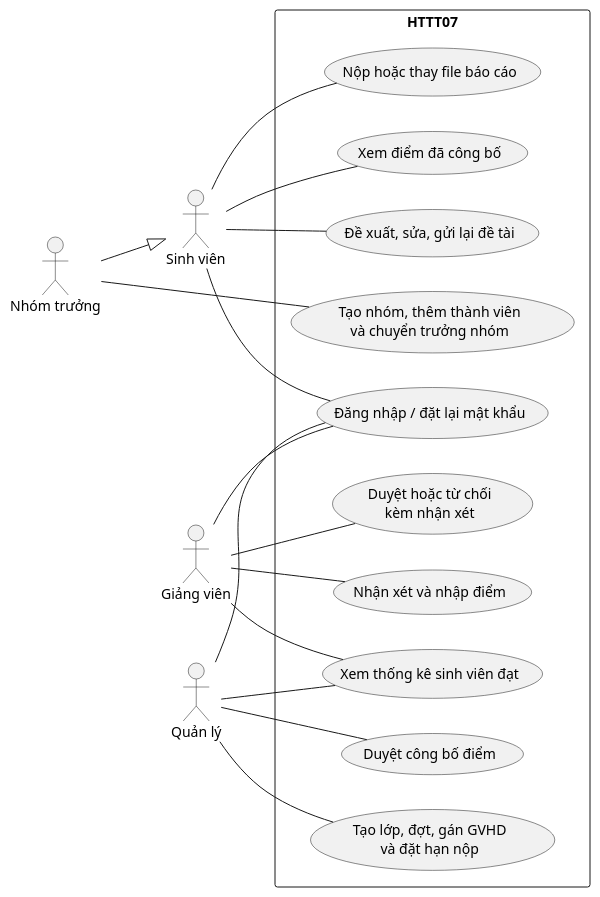
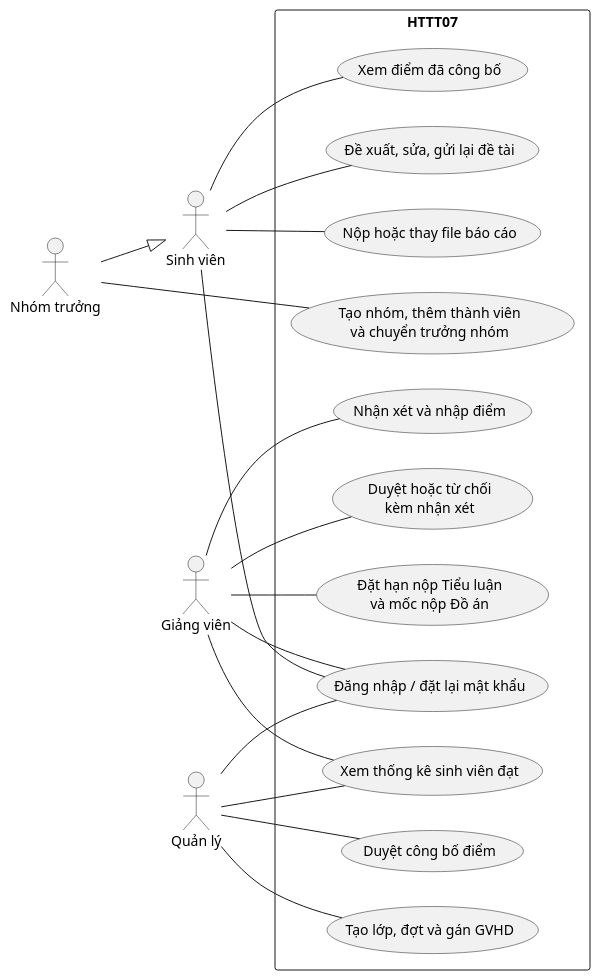
One commit to lam-vu6868/HTQL_TieuLuan_DoAN changed the first of 6 diagrams in 02-so-do-uml.md. Above: the diagram before and after it, drawn with PlantUML. The commit also changed other lines of this file and 5 other files, not shown here.

````diff
--- a/02-so-do-uml.md
+++ b/02-so-do-uml.md
@@ -7,35 +7,37 @@
 ```plantuml
 @startuml
 left to right direction
 actor "Sinh viên" as SV
 actor "Nhóm trưởng" as NT
 actor "Giảng viên" as GV
 actor "Quản lý" as QL
 NT --|> SV
 rectangle HTTT07 {
   usecase "Đăng nhập / đặt lại mật khẩu" as Login
   usecase "Tạo nhóm, thêm thành viên\nvà chuyển trưởng nhóm" as Group
   usecase "Đề xuất, sửa, gửi lại đề tài" as Register
   usecase "Duyệt hoặc từ chối\nkèm nhận xét" as Review
   usecase "Nộp hoặc thay file báo cáo" as Submit
   usecase "Nhận xét và nhập điểm" as Grade
   usecase "Xem điểm đã công bố" as View
-  usecase "Tạo lớp, đợt, gán GVHD\nvà đặt hạn nộp" as Setup
+  usecase "Tạo lớp, đợt và gán GVHD" as Setup
+  usecase "Đặt hạn nộp Tiểu luận\nvà mốc nộp Đồ án" as Deadlines
   usecase "Duyệt công bố điểm" as Publish
   usecase "Xem thống kê sinh viên đạt" as Stats
 }
 SV -- Login
 SV -- Register
 SV -- Submit
 SV -- View
 NT -- Group
 GV -- Login
 GV -- Review
 GV -- Grade
 GV -- Stats
+GV -- Deadlines
 QL -- Login
 QL -- Setup
 QL -- Publish
 QL -- Stats
 @enduml
 ```
````
